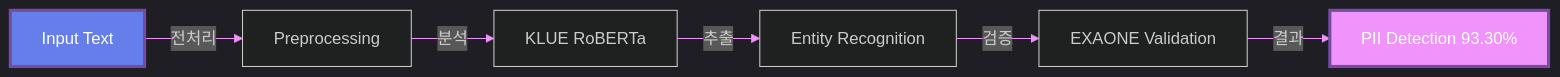
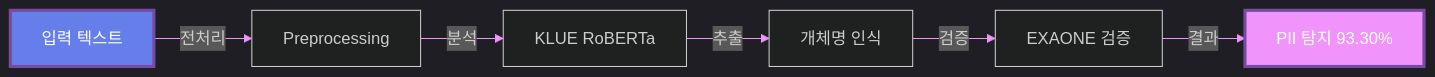
One commit to Creatine-mono/Creatine-mono changed the first of 2 diagrams in README.md. Above: the diagram before and after it, drawn with Mermaid. The commit also changed other lines of this file, not shown here.

````diff
--- a/README.md
+++ b/README.md
@@ -124,12 +133,12 @@
 ```mermaid
 %%{init: {'theme':'dark', 'themeVariables': { 'primaryColor':'#667eea','primaryTextColor':'#fff','primaryBorderColor':'#764ba2','lineColor':'#f093fb','secondaryColor':'#764ba2','tertiaryColor':'#667eea'}}}%%
 graph LR
-    A[Input Text] -->|전처리| B[Preprocessing]
+    A[입력 텍스트] -->|전처리| B[Preprocessing]
     B -->|분석| C[KLUE RoBERTa]
-    C -->|추출| D[Entity Recognition]
-    D -->|검증| E[EXAONE Validation]
-    E -->|결과| F[PII Detection 93.30%]
+    C -->|추출| D[개체명 인식]
+    D -->|검증| E[EXAONE 검증]
+    E -->|결과| F[PII 탐지 93.30%]
     
     style A fill:#667eea,stroke:#764ba2,stroke-width:3px,color:#fff
     style F fill:#f093fb,stroke:#764ba2,stroke-width:3px,color:#fff
 ```
````
